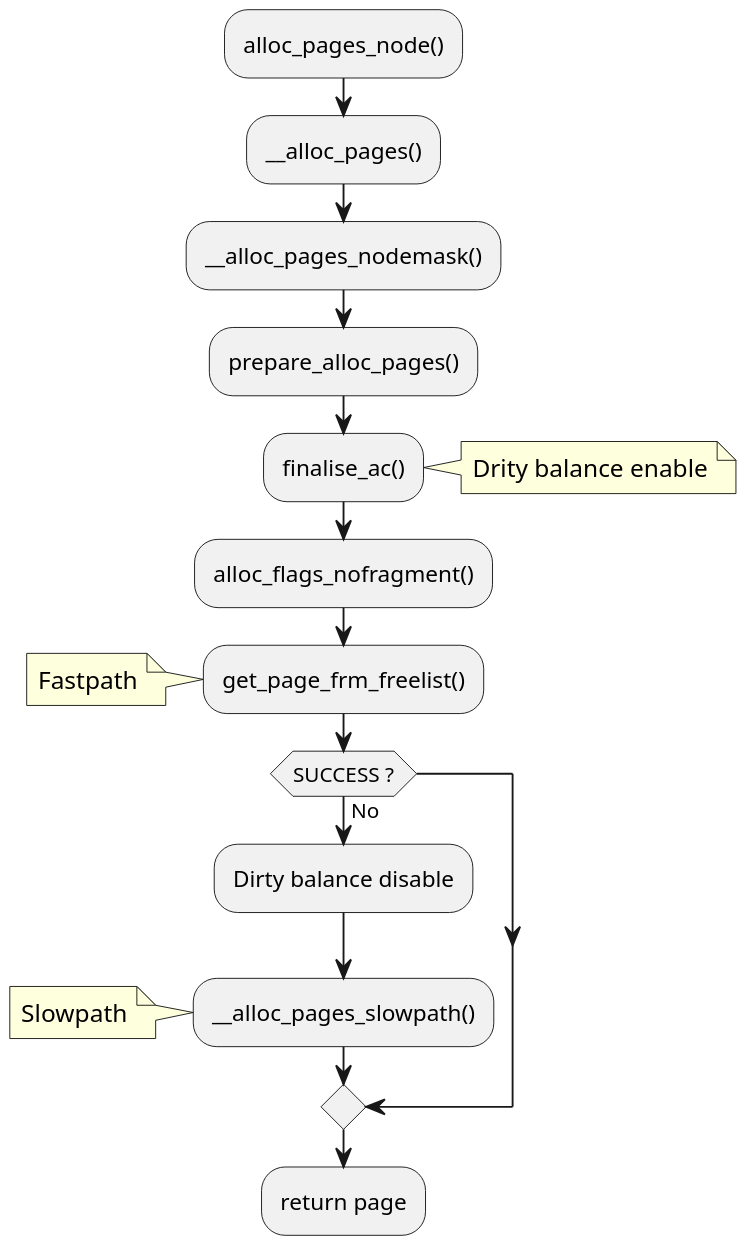
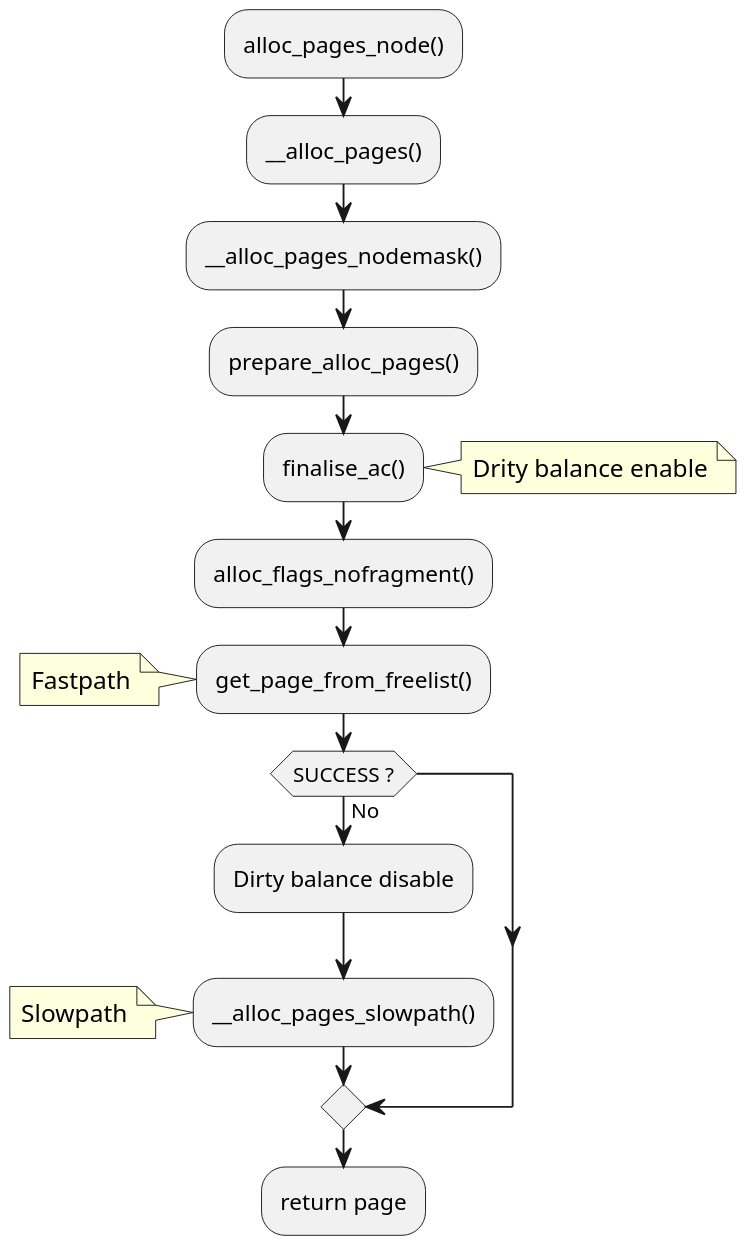
The diagram in linux/plantuml/zone-allocator/activity_diagram/alloc_pages/alloc_pages_node.plantuml (liunx/kstation), drawn with PlantUML before and after one commit. The commit also changed 164 other files, not shown here.

Commit message:
update plantuml files.

```diff
--- a/linux/plantuml/zone-allocator/activity_diagram/alloc_pages/alloc_pages_node.plantuml
+++ b/linux/plantuml/zone-allocator/activity_diagram/alloc_pages/alloc_pages_node.plantuml
@@ -1,20 +1,20 @@
 @startuml
 scale 2/1
 
 :alloc_pages_node();
 :__alloc_pages();
 :__alloc_pages_nodemask();
 :prepare_alloc_pages();
 :finalise_ac();
 note right:Drity balance enable
 :alloc_flags_nofragment();
-:get_page_frm_freelist();
+:get_page_from_freelist();
 note left:Fastpath
 if (SUCCESS ?) then (No)
     :Dirty balance disable;
     :__alloc_pages_slowpath();
     note left:Slowpath
 endif
 
 :return page;
 @enduml
```
